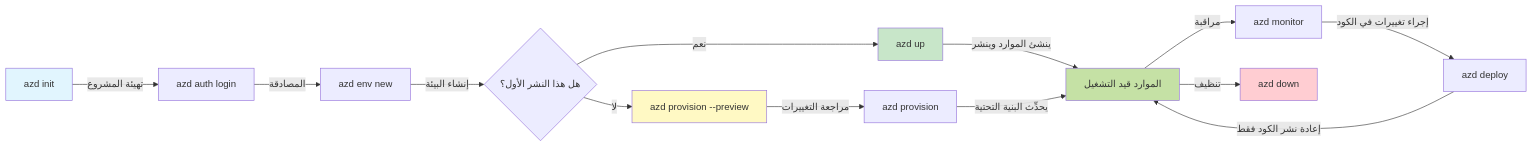
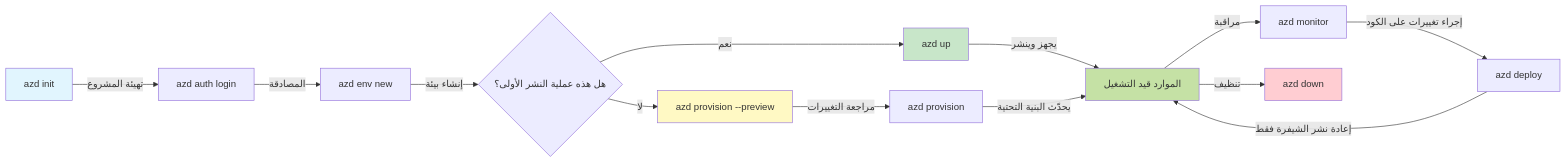
Before and after one commit to microsoft/AZD-for-beginners: the first of 2 diagrams in translations/ar/docs/chapter-01-foundation/azd-basics.md, drawn with Mermaid. The commit also changed other lines of this file and 101 other files, not shown here.

````diff
--- a/translations/ar/docs/chapter-01-foundation/azd-basics.md
+++ b/translations/ar/docs/chapter-01-foundation/azd-basics.md
@@ -254,21 +269,21 @@
 ```mermaid
 graph LR
     A[azd init] -->|تهيئة المشروع| B[azd auth login]
     B -->|المصادقة| C[azd env new]
-    C -->|إنشاء البيئة| D{هل هذا النشر الأول؟}
+    C -->|إنشاء بيئة| D{هل هذه عملية النشر الأولى؟}
     D -->|نعم| E[azd up]
     D -->|لا| F[azd provision --preview]
     F -->|مراجعة التغييرات| G[azd provision]
-    E -->|ينشئ الموارد وينشر| H[الموارد قيد التشغيل]
-    G -->|يحدِّث البنية التحتية| H
+    E -->|يجهز وينشر| H[الموارد قيد التشغيل]
+    G -->|يحدّث البنية التحتية| H
     H -->|مراقبة| I[azd monitor]
-    I -->|إجراء تغييرات في الكود| J[azd deploy]
-    J -->|إعادة نشر الكود فقط| H
+    I -->|إجراء تغييرات على الكود| J[azd deploy]
+    J -->|إعادة نشر الشيفرة فقط| H
     H -->|تنظيف| K[azd down]
     
     style A fill:#e1f5fe
     style E fill:#c8e6c9
     style F fill:#fff9c4
     style H fill:#c5e1a5
     style K fill:#ffcdd2
 ```
````
